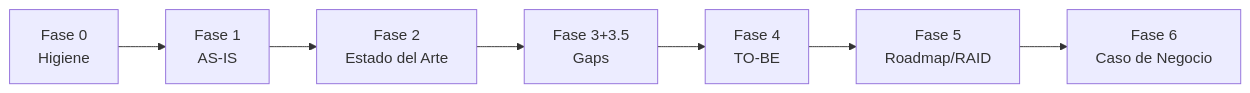
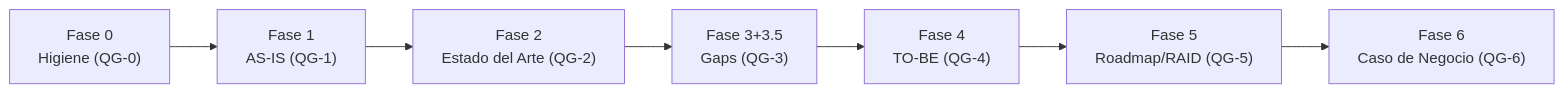
The second of 2 diagrams in advisory-credi10-2.0/README.md (ogeidlomica/advisory), drawn with Mermaid before and after one commit. The commit also changed other lines of this file and 22 other files, not shown here.

````diff
--- a/advisory-credi10-2.0/README.md
+++ b/advisory-credi10-2.0/README.md
@@ -26,9 +56,9 @@
 ```mermaid
 flowchart LR
-    F0["Fase 0<br/>Higiene"] --> F1["Fase 1<br/>AS-IS"]
-    F1 --> F2["Fase 2<br/>Estado del Arte"]
-    F2 --> F3["Fase 3+3.5<br/>Gaps"]
-    F3 --> F4["Fase 4<br/>TO-BE"]
-    F4 --> F5["Fase 5<br/>Roadmap/RAID"]
-    F5 --> F6["Fase 6<br/>Caso de Negocio"]
+    F0["Fase 0<br/>Higiene (QG-0)"] --> F1["Fase 1<br/>AS-IS (QG-1)"]
+    F1 --> F2["Fase 2<br/>Estado del Arte (QG-2)"]
+    F2 --> F3["Fase 3+3.5<br/>Gaps (QG-3)"]
+    F3 --> F4["Fase 4<br/>TO-BE (QG-4)"]
+    F4 --> F5["Fase 5<br/>Roadmap/RAID (QG-5)"]
+    F5 --> F6["Fase 6<br/>Caso de Negocio (QG-6)"]
 ```
````
